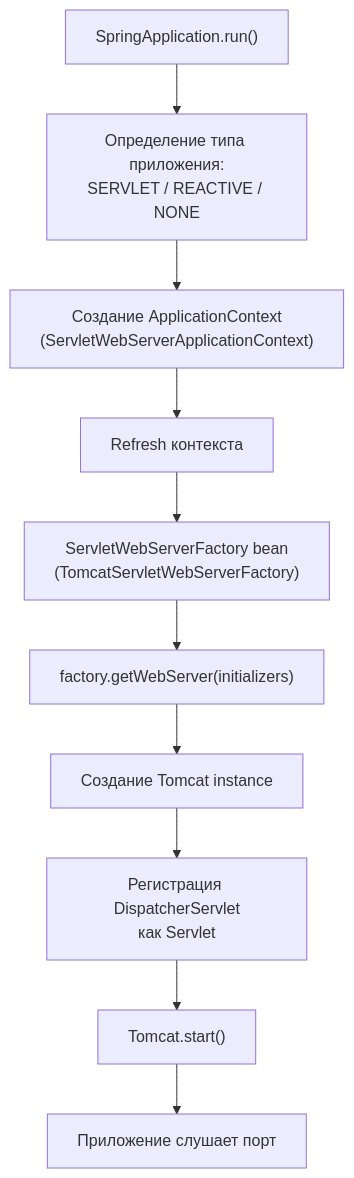
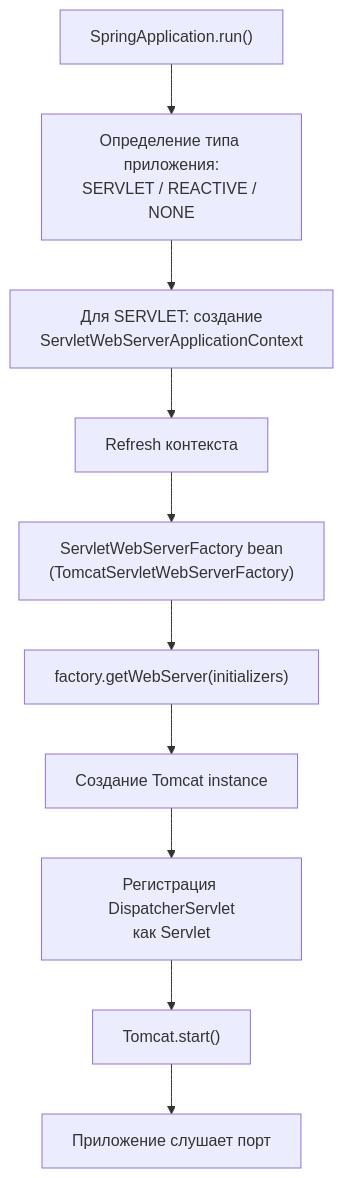
Before and after one commit to akeverus/cheat-sheet: the fourth of 8 diagrams in cheatsheets/interview/frameworks/spring/spring-boot-interview.md, drawn with Mermaid. The commit also changed other lines of this file and 154 other files, not shown here.

````diff
--- a/cheatsheets/interview/frameworks/spring/spring-boot-interview.md
+++ b/cheatsheets/interview/frameworks/spring/spring-boot-interview.md
@@ -464,12 +456,12 @@
 ```mermaid
 graph TD
     A["SpringApplication.run()"] --> B["Определение типа приложения:<br/>SERVLET / REACTIVE / NONE"]
-    B --> C["Создание ApplicationContext<br/>(ServletWebServerApplicationContext)"]
+    B --> C["Для SERVLET: создание<br/>ServletWebServerApplicationContext"]
     C --> D["Refresh контекста"]
     D --> E["ServletWebServerFactory bean<br/>(TomcatServletWebServerFactory)"]
     E --> F["factory.getWebServer(initializers)"]
     F --> G["Создание Tomcat instance"]
     G --> H["Регистрация DispatcherServlet<br/>как Servlet"]
     H --> I["Tomcat.start()"]
     I --> J["Приложение слушает порт"]
 ```
````
